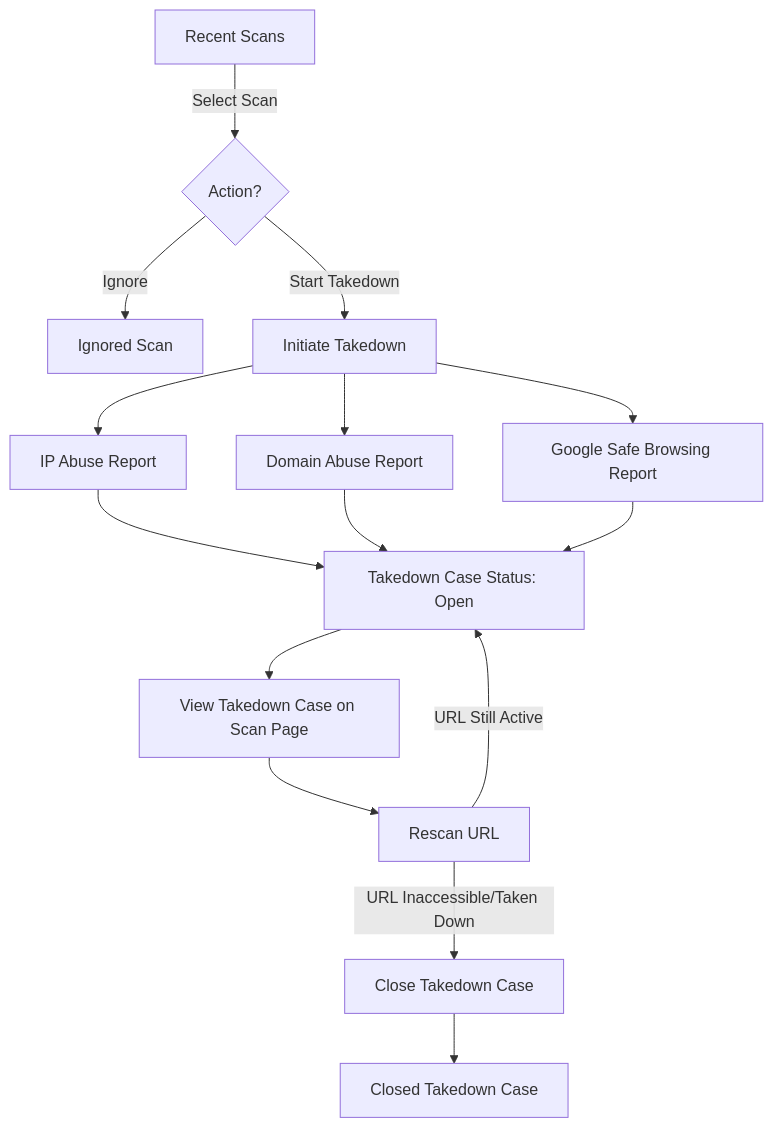
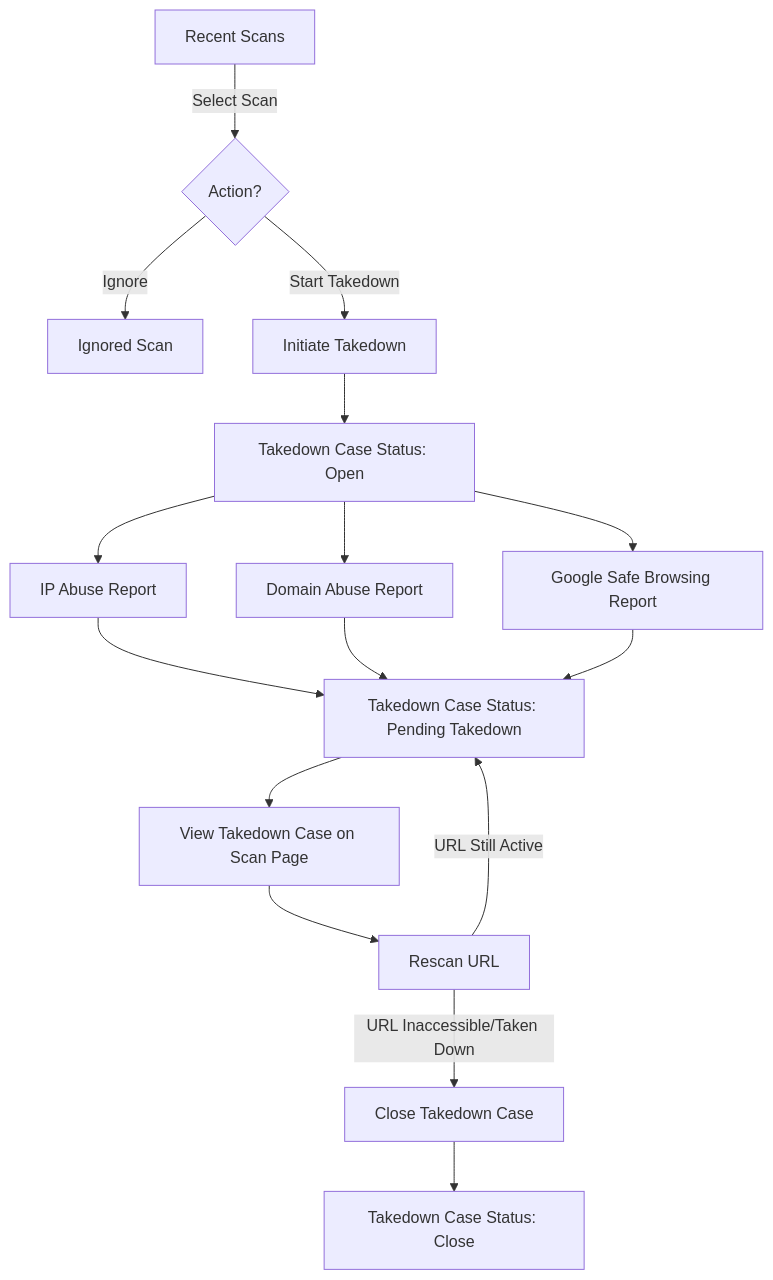
Before and after one commit to urldna/docs: the diagram in docs/takedown.mdx, drawn with Mermaid.

Commit message:
Documentation edits made through Mintlify web editor

````diff
--- a/docs/takedown.mdx
+++ b/docs/takedown.mdx
@@ -17,15 +17,16 @@
 ```mermaid
 graph TD;
     A[Recent Scans] -->|Select Scan| B{Action?}
     B -->|Ignore| C[Ignored Scan]
     B -->|Start Takedown| D[Initiate Takedown]
-    D --> E[IP Abuse Report]
-    D --> F[Domain Abuse Report]
-    D --> G[Google Safe Browsing Report]
-    E & F & G --> H[Takedown Case Status: Open]
+    D --> DA[Takedown Case Status: Open]
+    DA --> E[IP Abuse Report]
+    DA --> F[Domain Abuse Report]
+    DA --> G[Google Safe Browsing Report]
+    E & F & G --> H[Takedown Case Status: Pending Takedown]
     H --> I[View Takedown Case on Scan Page]
     I --> J[Rescan URL]
     J -->|URL Inaccessible/Taken Down| K[Close Takedown Case]
-    K --> L[Closed Takedown Case]
+    K --> L[Takedown Case Status: Close]
     J -->|URL Still Active| H
 ```
````
